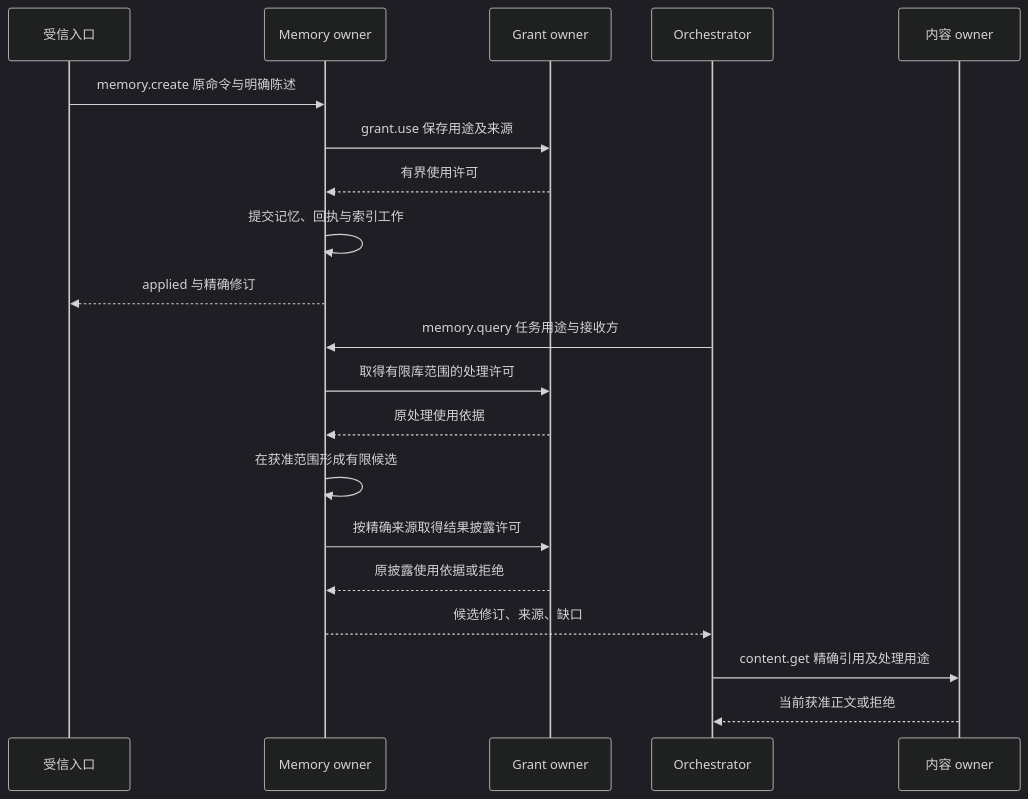
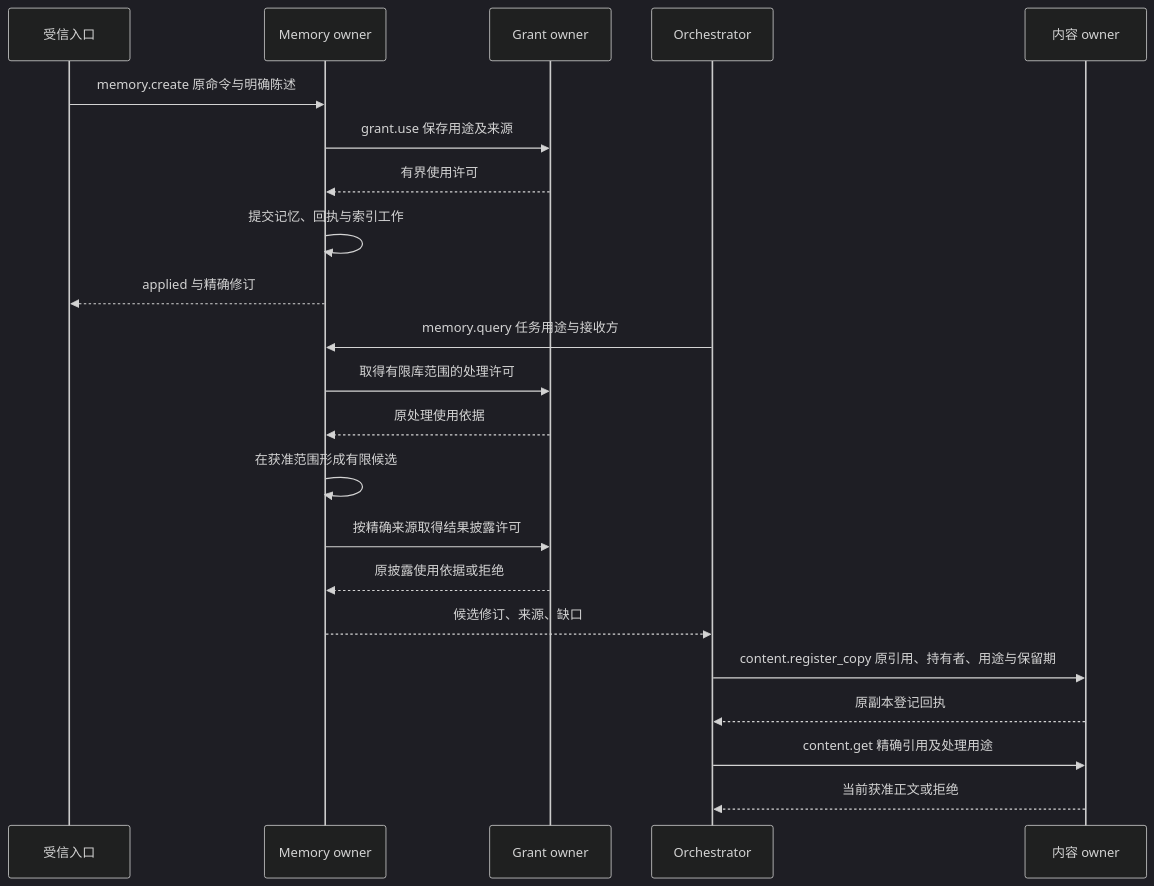
One commit to ruipengliu/lerna changed the second of 3 diagrams in docs/architecture/memory/README.md. Above: the diagram before and after it, drawn with Mermaid (dark theme). The commit also changed other lines of this file and 62 other files, not shown here.

Commit message:
docs: complete architecture review follow-up

````diff
--- a/docs/architecture/memory/README.md
+++ b/docs/architecture/memory/README.md
@@ -59,22 +59,24 @@
 ```mermaid
 sequenceDiagram
     participant U as 受信入口
     participant M as Memory owner
     participant A as Grant owner
     participant H as Orchestrator
     participant C as 内容 owner
     U->>M: memory.create 原命令与明确陈述
     M->>A: grant.use 保存用途及来源
     A-->>M: 有界使用许可
     M->>M: 提交记忆、回执与索引工作
     M-->>U: applied 与精确修订
     H->>M: memory.query 任务用途与接收方
     M->>A: 取得有限库范围的处理许可
     A-->>M: 原处理使用依据
     M->>M: 在获准范围形成有限候选
     M->>A: 按精确来源取得结果披露许可
     A-->>M: 原披露使用依据或拒绝
     M-->>H: 候选修订、来源、缺口
+    H->>C: content.register_copy 原引用、持有者、用途与保留期
+    C-->>H: 原副本登记回执
     H->>C: content.get 精确引用及处理用途
     C-->>H: 当前获准正文或拒绝
 ```
````
